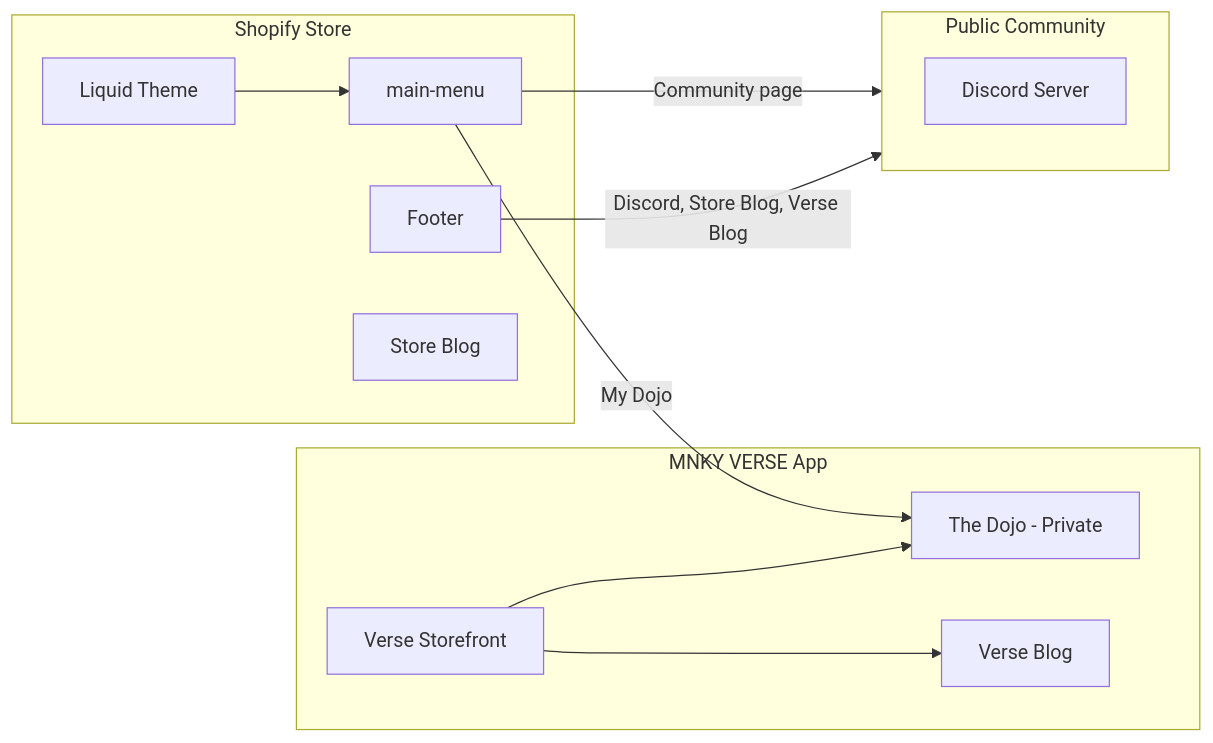
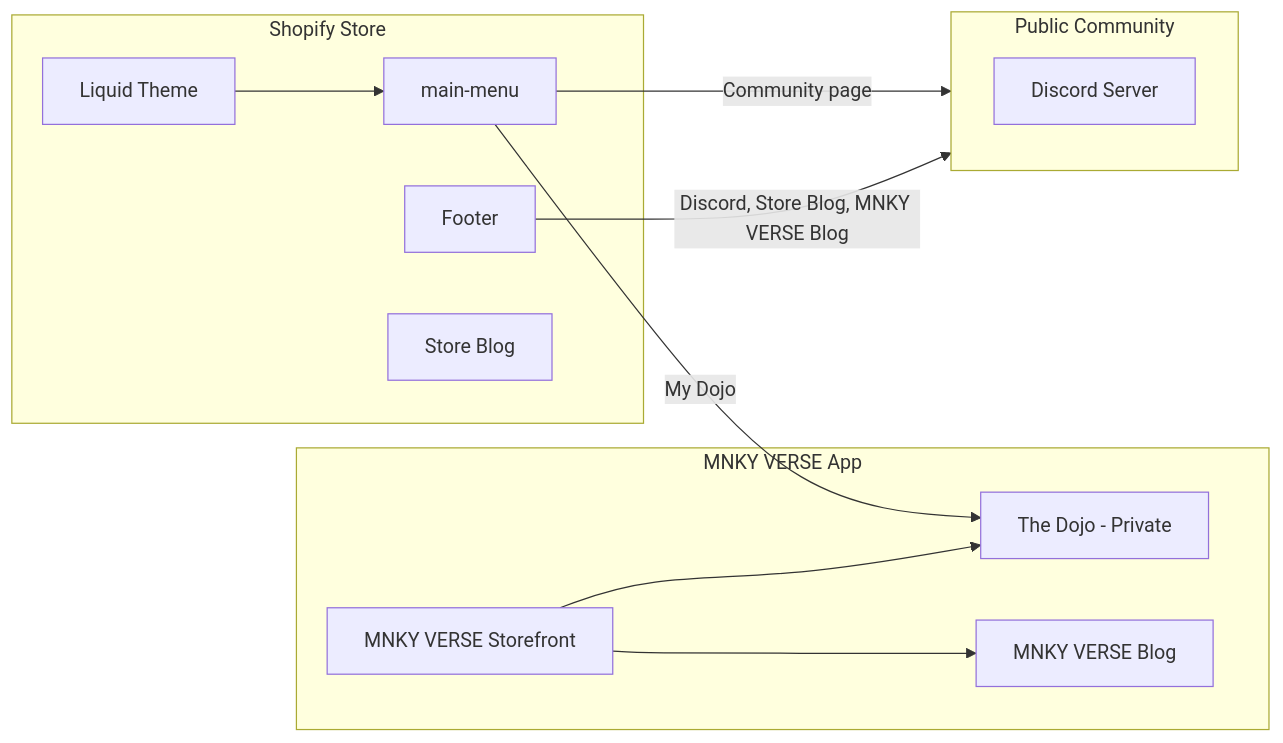
The diagram in README.md (MOODMNKY-LLC/mood-mnky-command), drawn with Mermaid before and after one commit. The commit also changed other lines of this file and 67 other files, not shown here.

````diff
--- a/README.md
+++ b/README.md
@@ -24,25 +26,25 @@
 ```mermaid
 flowchart LR
   subgraph Store [Shopify Store]
     Theme[Liquid Theme]
     Nav[main-menu]
     Footer[Footer]
     BlogShop[Store Blog]
   end
   subgraph App [MNKY VERSE App]
-    Verse[Verse Storefront]
+    Verse[MNKY VERSE Storefront]
     Dojo[The Dojo - Private]
-    VerseBlog[Verse Blog]
+    VerseBlog[MNKY VERSE Blog]
   end
   subgraph Community [Public Community]
     Discord[Discord Server]
     BlogShop
     VerseBlog
   end
   Theme --> Nav
   Nav -->|"My Dojo"| Dojo
   Nav -->|"Community" page| Community
-  Footer -->|Discord, Store Blog, Verse Blog| Community
+  Footer -->|Discord, Store Blog, MNKY VERSE Blog| Community
   Verse --> Dojo
   Verse --> VerseBlog
 ```
````
